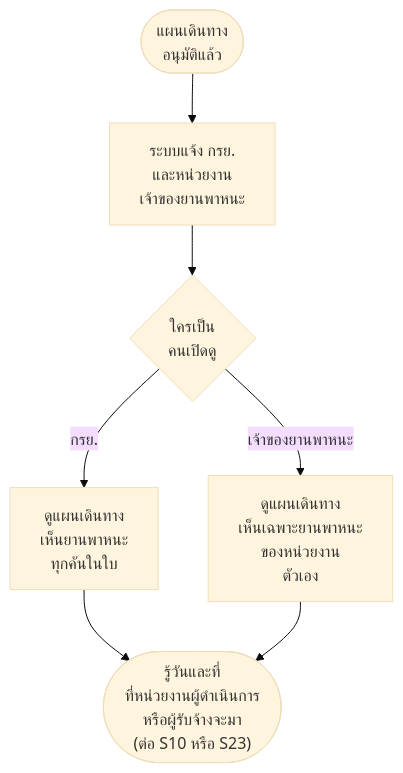
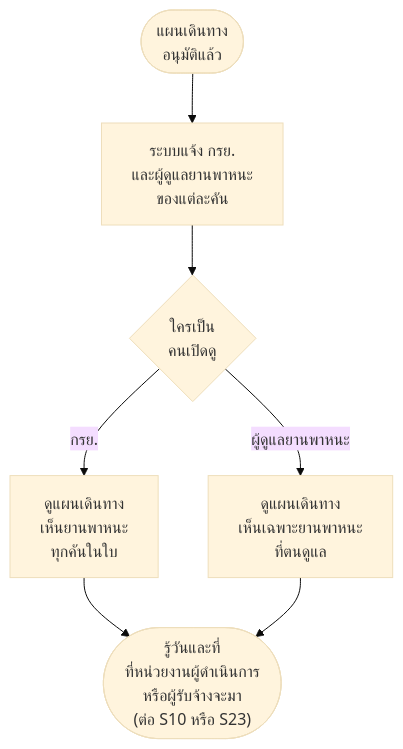
One commit to anugmail/Maintenance-Request-Form changed the tenth of 19 diagrams in Diagram/01-บำรุงรักษาตามวาระ/27-บำรุงรักษา-flowchart-กิจกรรม.md. Above: the diagram before and after it, drawn with Mermaid (base theme). The commit also changed other lines of this file and 21 other files, not shown here.

````diff
--- a/Diagram/01-บำรุงรักษาตามวาระ/27-บำรุงรักษา-flowchart-กิจกรรม.md
+++ b/Diagram/01-บำรุงรักษาตามวาระ/27-บำรุงรักษา-flowchart-กิจกรรม.md
@@ -199,9 +201,9 @@
 ```mermaid
 flowchart TD
-    S(["แผนเดินทาง<br/>อนุมัติแล้ว"]) --> A1["ระบบแจ้ง กรย.<br/>และหน่วยงาน<br/>เจ้าของยานพาหนะ"]
+    S(["แผนเดินทาง<br/>อนุมัติแล้ว"]) --> A1["ระบบแจ้ง กรย.<br/>และผู้ดูแลยานพาหนะ<br/>ของแต่ละคัน"]
     A1 --> Q1{"ใครเป็น<br/>คนเปิดดู"}
     Q1 -->|กรย.| A2["ดูแผนเดินทาง<br/>เห็นยานพาหนะ<br/>ทุกคันในใบ"]
-    Q1 -->|เจ้าของยานพาหนะ| A3["ดูแผนเดินทาง<br/>เห็นเฉพาะยานพาหนะ<br/>ของหน่วยงาน<br/>ตัวเอง"]
+    Q1 -->|ผู้ดูแลยานพาหนะ| A3["ดูแผนเดินทาง<br/>เห็นเฉพาะยานพาหนะ<br/>ที่ตนดูแล"]
     A2 --> E(["รู้วันและที่<br/>ที่หน่วยงานผู้ดำเนินการ<br/>หรือผู้รับจ้างจะมา<br/>(ต่อ S10 หรือ S23)"])
     A3 --> E
 ```
````
